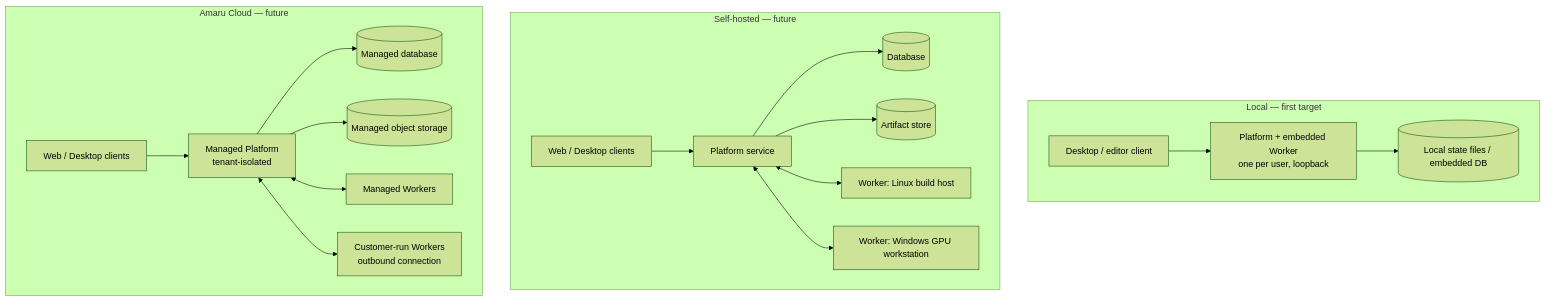
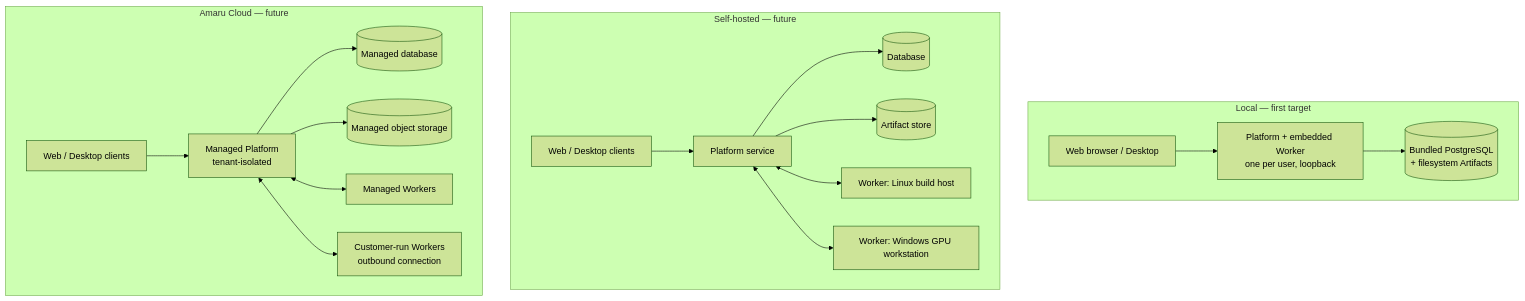
Before and after one commit to rluders/amaru: the fifth of 7 diagrams in docs/architecture/ARCHITECTURE.md, drawn with Mermaid (forest theme). The commit also changed other lines of this file and 68 other files, not shown here.

````diff
--- a/docs/architecture/ARCHITECTURE.md
+++ b/docs/architecture/ARCHITECTURE.md
@@ -256,23 +285,23 @@
 ```mermaid
 flowchart TB
     subgraph local [Local — first target]
-        lc[Desktop / editor client] --> lp[Platform + embedded Worker<br/>one per user, loopback]
-        lp --> lfs[(Local state files / embedded DB)]
+        lc[Web browser / Desktop] --> lp[Platform + embedded Worker<br/>one per user, loopback]
+        lp --> lfs[(Bundled PostgreSQL<br/>+ filesystem Artifacts)]
     end
 
     subgraph selfhosted [Self-hosted — future]
         sc[Web / Desktop clients] --> sp[Platform service]
         sp --> sdb[(Database)]
         sp --> sobj[(Artifact store)]
         sp <--> sw1[Worker: Linux build host]
         sp <--> sw2[Worker: Windows GPU workstation]
     end
 
     subgraph cloud [Amaru Cloud — future]
         cc[Web / Desktop clients] --> cp[Managed Platform<br/>tenant-isolated]
         cp --> cdb[(Managed database)]
         cp --> cobj[(Managed object storage)]
         cp <--> cw[Managed Workers]
         cp <--> uw[Customer-run Workers<br/>outbound connection]
     end
 ```
````
